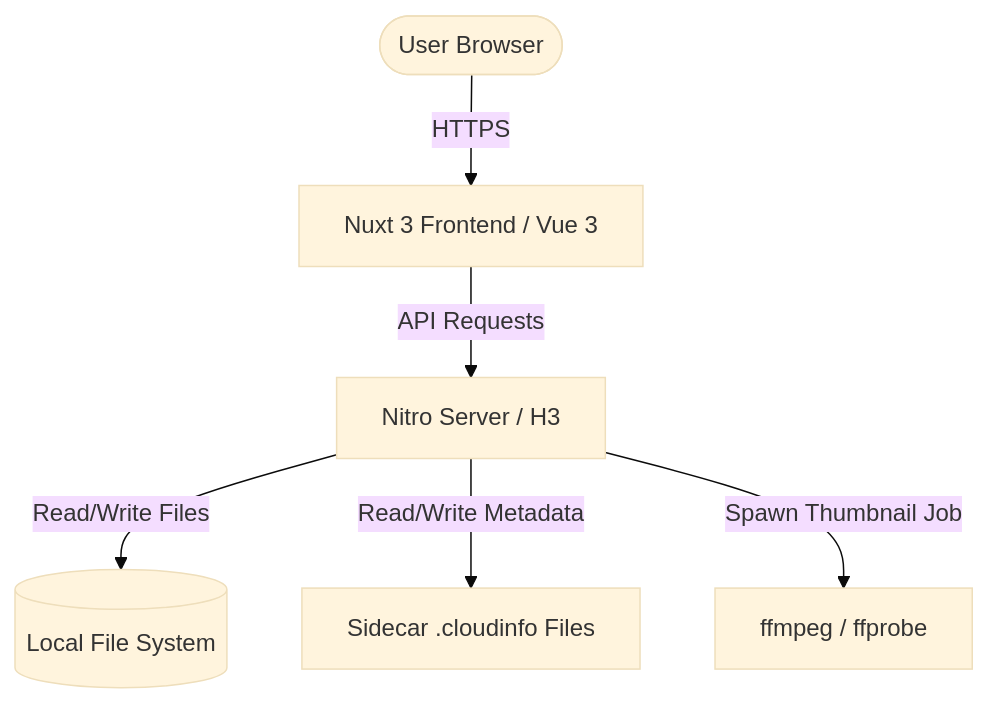
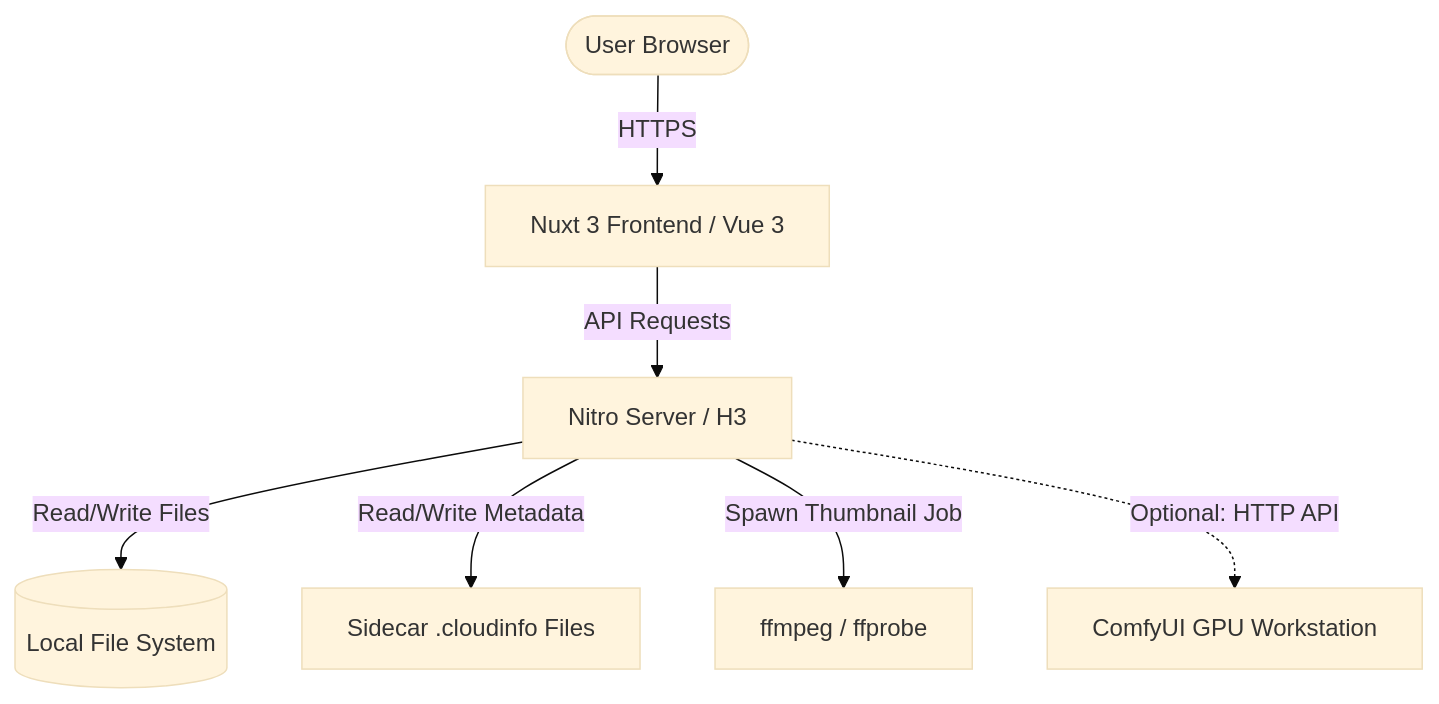
Before and after one commit to WeeXnes/ClyoCloud: the diagram in README.md, drawn with Mermaid (base theme). The commit also changed other lines of this file and 19 other files, not shown here.

````diff
--- a/README.md
+++ b/README.md
@@ -56,8 +57,9 @@
 ```mermaid
 graph TD
     User([User Browser]) -->|HTTPS| FE[Nuxt 3 Frontend / Vue 3]
     FE -->|API Requests| BE[Nitro Server / H3]
     BE -->|Read/Write Files| LocalFS[(Local File System)]
     BE -->|Read/Write Metadata| Sidecar[Sidecar .cloudinfo Files]
     BE -->|Spawn Thumbnail Job| FFmpeg[ffmpeg / ffprobe]
+    BE -.->|Optional: HTTP API| Comfy[ComfyUI GPU Workstation]
 ```
````
